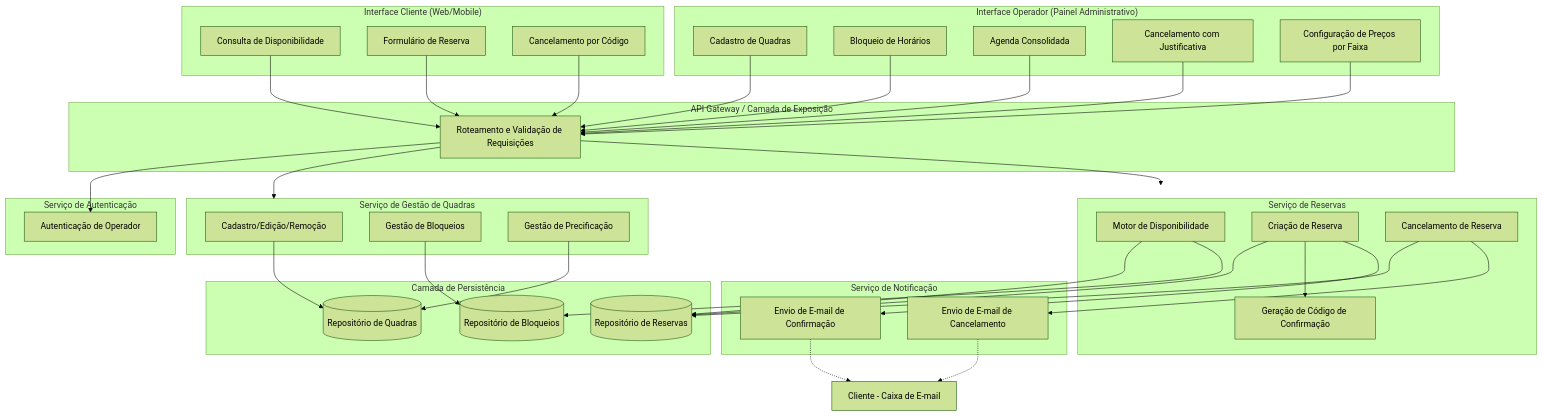
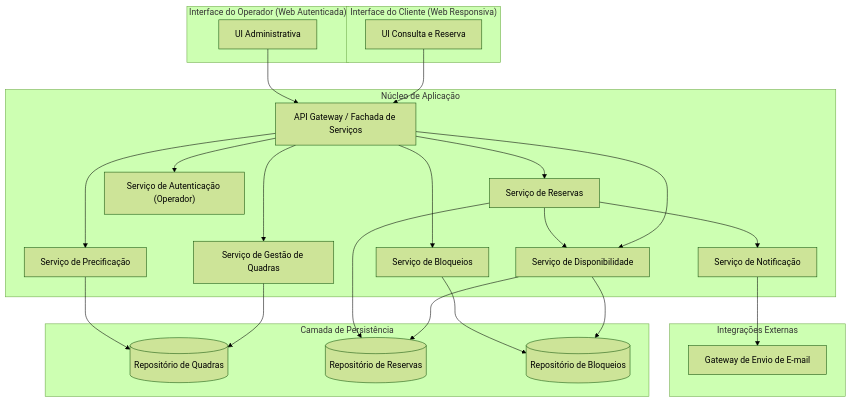
One commit to PDC-ESIA/AI4ES changed the first of 3 diagrams in docs/Time_2_Design/analise-qualitativa/outputs/relatorio_claude_sonnet_5_P05.md. Above: the diagram before and after it, drawn with Mermaid (forest theme). The commit also changed other lines of this file and 107 other files, not shown here.

````diff
--- a/docs/Time_2_Design/analise-qualitativa/outputs/relatorio_claude_sonnet_5_P05.md
+++ b/docs/Time_2_Design/analise-qualitativa/outputs/relatorio_claude_sonnet_5_P05.md
@@ -26,76 +27,52 @@
 ```mermaid
 flowchart TB
-    subgraph ClienteWeb["Interface Cliente (Web/Mobile)"]
-        CW1[Consulta de Disponibilidade]
-        CW2[Formulário de Reserva]
-        CW3[Cancelamento por Código]
+    subgraph Cliente_Web["Interface do Cliente (Web Responsiva)"]
+        UI_Cliente["UI Consulta e Reserva"]
     end
 
-    subgraph OperadorWeb["Interface Operador (Painel Administrativo)"]
-        OW1[Cadastro de Quadras]
-        OW2[Bloqueio de Horários]
-        OW3[Agenda Consolidada]
-        OW4[Cancelamento com Justificativa]
-        OW5[Configuração de Preços por Faixa]
+    subgraph Operador_Web["Interface do Operador (Web Autenticada)"]
+        UI_Operador["UI Administrativa"]
     end
 
-    subgraph GatewayAPI["API Gateway / Camada de Exposição"]
-        GW[Roteamento e Validação de Requisições]
-    end
-
-    subgraph AuthService["Serviço de Autenticação"]
-        AUTH[Autenticação de Operador]
-    end
-
-    subgraph QuadraService["Serviço de Gestão de Quadras"]
-        QS1[Cadastro/Edição/Remoção]
-        QS2[Gestão de Bloqueios]
-        QS3[Gestão de Precificação]
-    end
-
-    subgraph ReservaService["Serviço de Reservas"]
-        RS1[Motor de Disponibilidade]
-        RS2[Criação de Reserva]
-        RS3[Cancelamento de Reserva]
-        RS4[Geração de Código de Confirmação]
-    end
-
-    subgraph NotificacaoService["Serviço de Notificação"]
-        NS1[Envio de E-mail de Confirmação]
-        NS2[Envio de E-mail de Cancelamento]
+    subgraph Core["Núcleo de Aplicação"]
+        API_GW["API Gateway / Fachada de Serviços"]
+        Serv_Quadra["Serviço de Gestão de Quadras"]
+        Serv_Disponibilidade["Serviço de Disponibilidade"]
+        Serv_Reserva["Serviço de Reservas"]
+        Serv_Bloqueio["Serviço de Bloqueios"]
+        Serv_Precificacao["Serviço de Precificação"]
+        Serv_Notificacao["Serviço de Notificação"]
+        Serv_Auth["Serviço de Autenticação (Operador)"]
     end
 
     subgraph Persistencia["Camada de Persistência"]
-        DB1[(Repositório de Quadras)]
-        DB2[(Repositório de Reservas)]
-        DB3[(Repositório de Bloqueios)]
+        Repo_Quadra[("Repositório de Quadras")]
+        Repo_Reserva[("Repositório de Reservas")]
+        Repo_Bloqueio[("Repositório de Bloqueios")]
     end
 
-    CW1 --> GW
-    CW2 --> GW
-    CW3 --> GW
-    OW1 --> GW
-    OW2 --> GW
-    OW3 --> GW
-    OW4 --> GW
-    OW5 --> GW
+    subgraph Externo["Integrações Externas"]
+        EmailGW["Gateway de Envio de E-mail"]
+    end
 
-    GW --> AUTH
-    GW --> QuadraService
-    GW --> ReservaService
+    UI_Cliente --> API_GW
+    UI_Operador --> API_GW
 
-    QS1 --> DB1
-    QS2 --> DB3
-    QS3 --> DB1
+    API_GW --> Serv_Auth
+    API_GW --> Serv_Quadra
+    API_GW --> Serv_Disponibilidade
+    API_GW --> Serv_Reserva
+    API_GW --> Serv_Bloqueio
+    API_GW --> Serv_Precificacao
 
-    RS1 --> DB2
-    RS1 --> DB3
-    RS2 --> DB2
-    RS2 --> RS4
-    RS3 --> DB2
-    RS2 --> NS1
-    RS3 --> NS2
+    Serv_Reserva --> Serv_Disponibilidade
+    Serv_Disponibilidade --> Repo_Reserva
+    Serv_Disponibilidade --> Repo_Bloqueio
+    Serv_Reserva --> Repo_Reserva
+    Serv_Bloqueio --> Repo_Bloqueio
+    Serv_Quadra --> Repo_Quadra
+    Serv_Precificacao --> Repo_Quadra
 
-    NS1 -.-> ClienteEmail[Cliente - Caixa de E-mail]
-    NS2 -.-> ClienteEmail
+    Serv_Reserva --> Serv_Notificacao
+    Serv_Notificacao --> EmailGW
 ```
````
